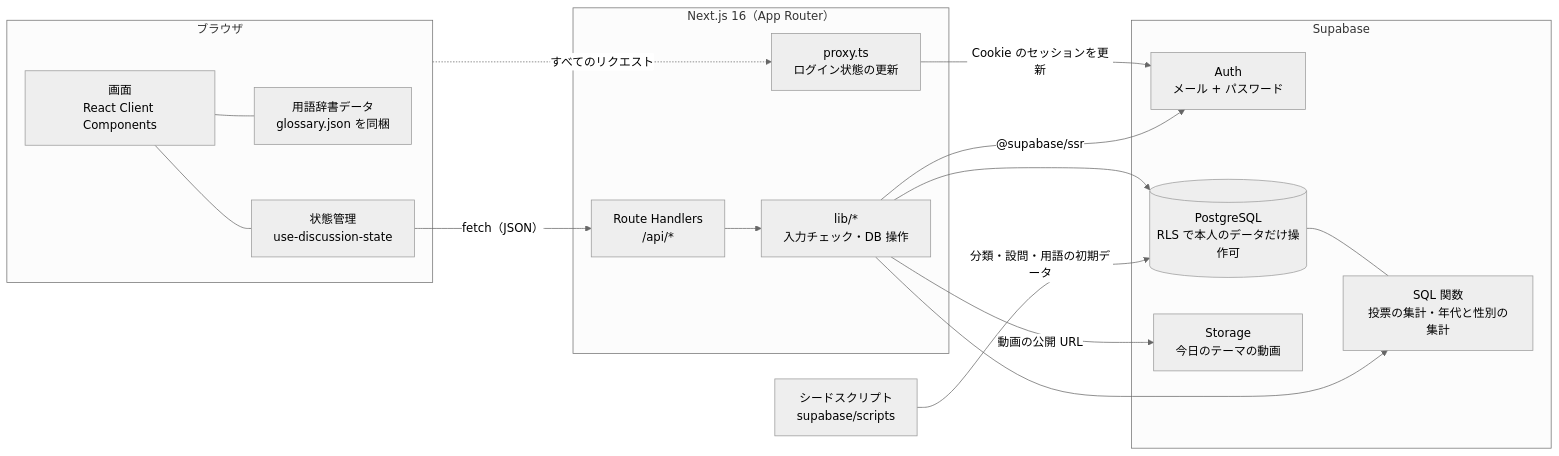
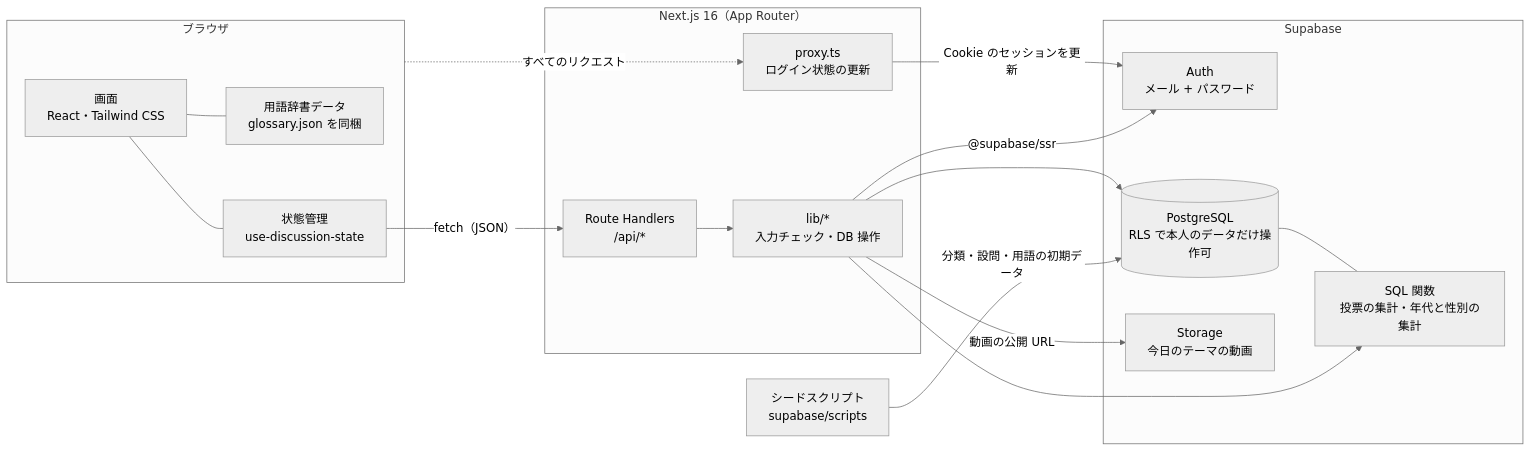
The second of 4 diagrams in docs/architecture.md (jphacks/ng_2613), drawn with Mermaid (neutral theme) before and after one commit. The commit also changed other lines of this file and 1 other file, not shown here.

Commit message:
docs: Tailwind CSS と確認メールの受け口を構成資料に加える
dev で使っている Tailwind CSS を図と構成図に、/auth/confirm を API 一覧に追加した。

````diff
--- a/docs/architecture.md
+++ b/docs/architecture.md
@@ -47,36 +47,36 @@
 ```mermaid
 flowchart LR
     subgraph browser["ブラウザ"]
-        ui["画面<br/>React Client Components"]
+        ui["画面<br/>React・Tailwind CSS"]
         state["状態管理<br/>use-discussion-state"]
         glossary["用語辞書データ<br/>glossary.json を同梱"]
         ui --- state
         ui --- glossary
     end
 
     subgraph next["Next.js 16（App Router）"]
         proxy["proxy.ts<br/>ログイン状態の更新"]
         api["Route Handlers<br/>/api/*"]
         repo["lib/*<br/>入力チェック・DB 操作"]
         api --> repo
     end
 
     subgraph supabase["Supabase"]
         auth["Auth<br/>メール + パスワード"]
         db[("PostgreSQL<br/>RLS で本人のデータだけ操作可")]
         rpc["SQL 関数<br/>投票の集計・年代と性別の集計"]
         storage["Storage<br/>今日のテーマの動画"]
         db --- rpc
     end
 
     seed["シードスクリプト<br/>supabase/scripts"]
 
     state -- "fetch（JSON）" --> api
     browser -. "すべてのリクエスト" .-> proxy
     proxy -- "Cookie のセッションを更新" --> auth
     repo -- "@supabase/ssr" --> auth
     repo --> db
     repo --> rpc
     repo -- "動画の公開 URL" --> storage
     seed -- "分類・設問・用語の初期データ" --> db
 ```
````
